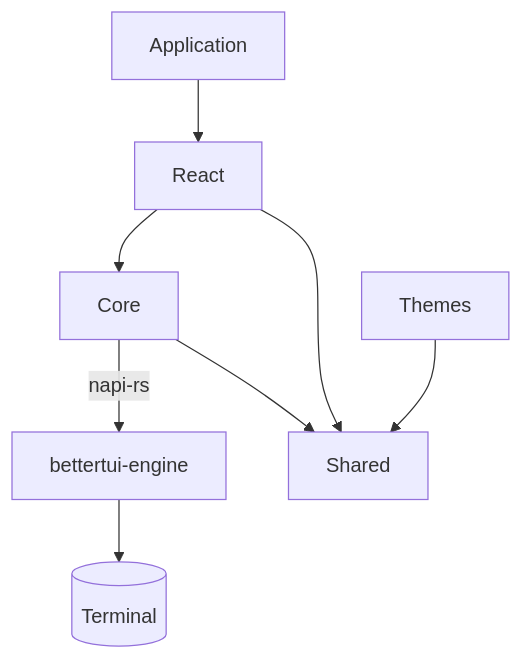
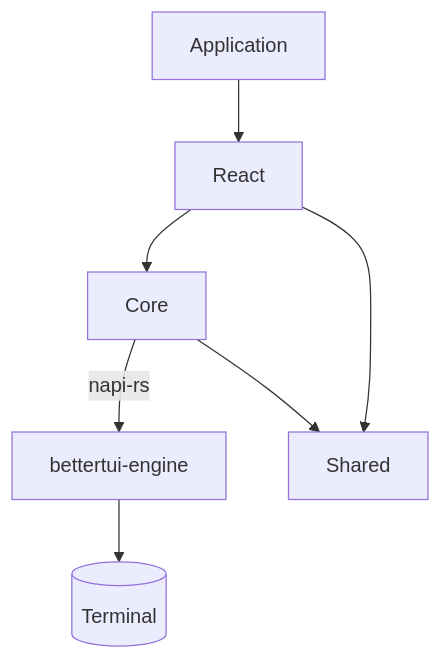
The fifth of 6 diagrams in docs/architecture/overview.md (localfirstai/bettertui), drawn with Mermaid before and after one commit. The commit also changed other lines of this file and 41 other files, not shown here.

````diff
--- a/docs/architecture/overview.md
+++ b/docs/architecture/overview.md
@@ -143,10 +140,10 @@
 ```mermaid
 graph TD
     App[Application] --> React
     React --> Core
     Core -->|napi-rs| Engine[bettertui-engine]
     Engine --> Terminal[(Terminal)]
     Core --> Shared
     React --> Shared
-    Themes --> Shared
+
 ```
````
